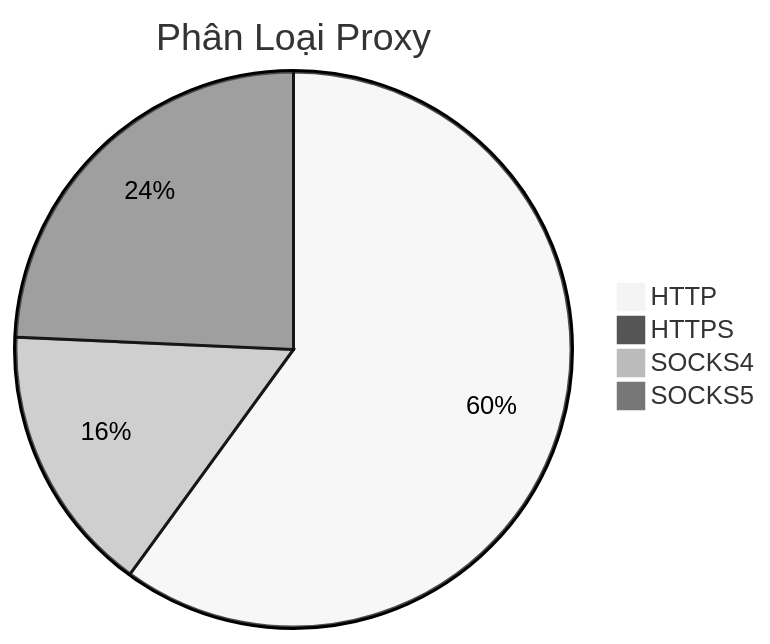
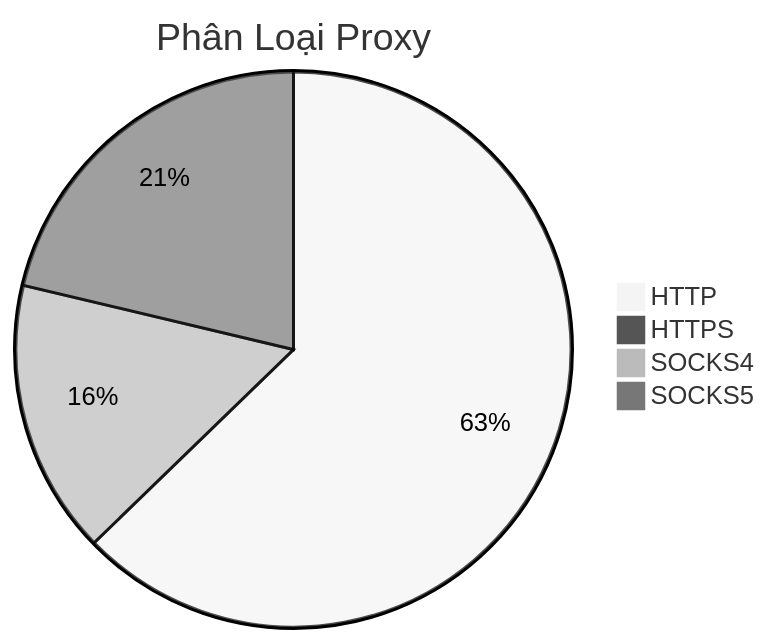
One commit to Ciara-12/PROXY-free changed the diagram in README.md. Above: the diagram before and after it, drawn with Mermaid (neutral theme). The commit also changed other lines of this file and 4 other files, not shown here.

````diff
--- a/README.md
+++ b/README.md
@@ -26,7 +26,7 @@
 ```mermaid
 pie title Phân Loại Proxy
-    "HTTP" : 761
-    "HTTPS" : 1
-    "SOCKS4" : 199
-    "SOCKS5" : 308
+    "HTTP" : 896
+    "HTTPS" : 0
+    "SOCKS4" : 228
+    "SOCKS5" : 304
 ```
````
